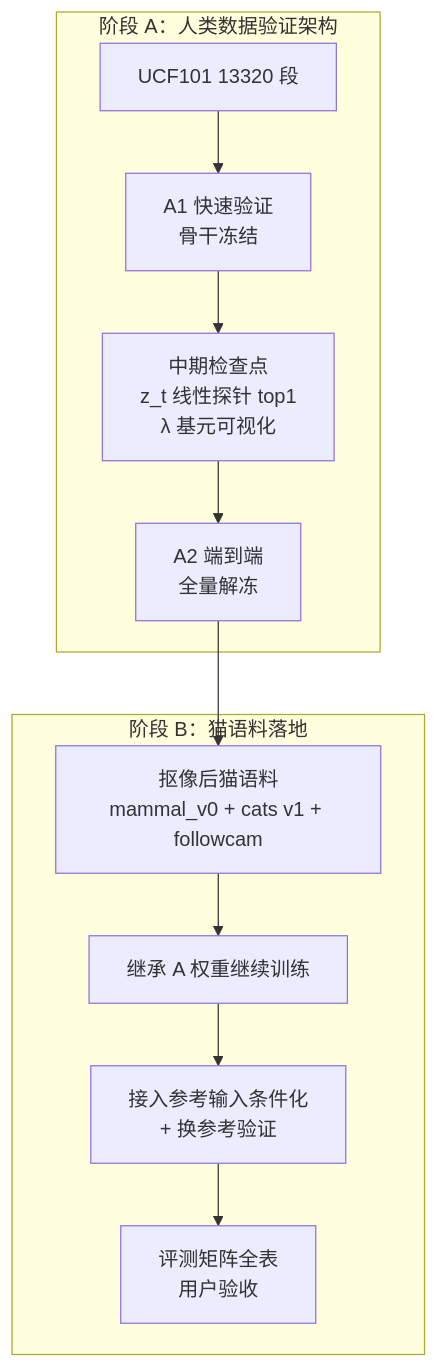
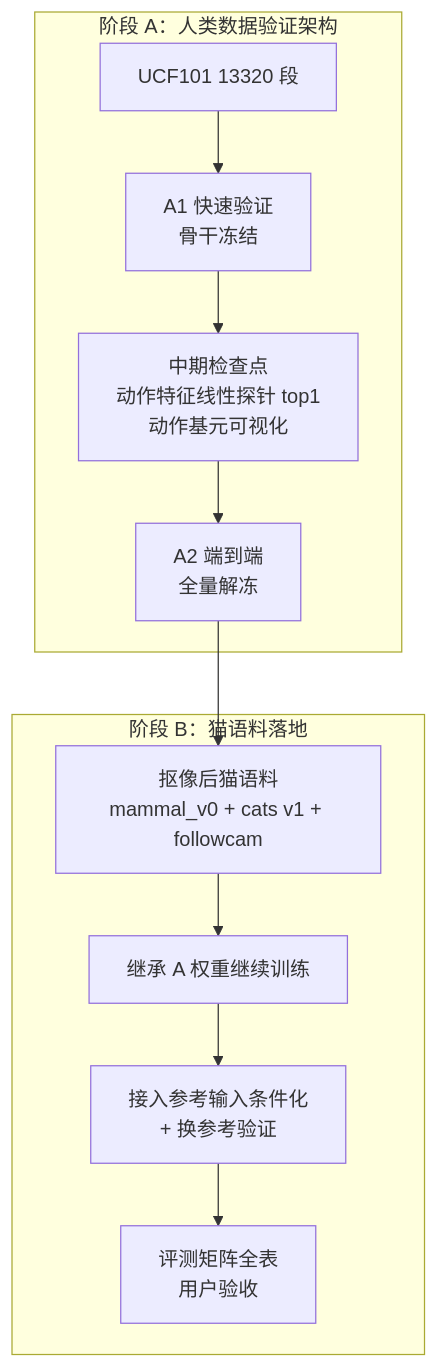
One commit to gongshangzheng/pet-action-recognition changed the second of 2 diagrams in management/docs/identity-tokenizer.md. Above: the diagram before and after it, drawn with Mermaid. The commit also changed other lines of this file and 1 other file, not shown here.

First line of the commit message:
docs: 图可读性修复（Mermaid 去符号）+ 补动作识别范式澄清

````diff
--- a/management/docs/identity-tokenizer.md
+++ b/management/docs/identity-tokenizer.md
@@ -357,16 +359,16 @@
 ```mermaid
 flowchart TD
     subgraph PA["阶段 A：人类数据验证架构"]
         A1[UCF101 13320 段] --> A2[A1 快速验证<br/>骨干冻结]
-        A2 --> A3["中期检查点<br/>z_t 线性探针 top1<br/>λ 基元可视化"]
+        A2 --> A3["中期检查点<br/>动作特征线性探针 top1<br/>动作基元可视化"]
         A3 --> A4[A2 端到端<br/>全量解冻]
     end
 
     subgraph PB["阶段 B：猫语料落地"]
         B1[抠像后猫语料<br/>mammal_v0 + cats v1 + followcam] --> B2[继承 A 权重继续训练]
         B2 --> B3["接入参考输入条件化<br/>+ 换参考验证"]
         B3 --> B4[评测矩阵全表<br/>用户验收]
     end
 
     A4 --> B1
 ```
````
